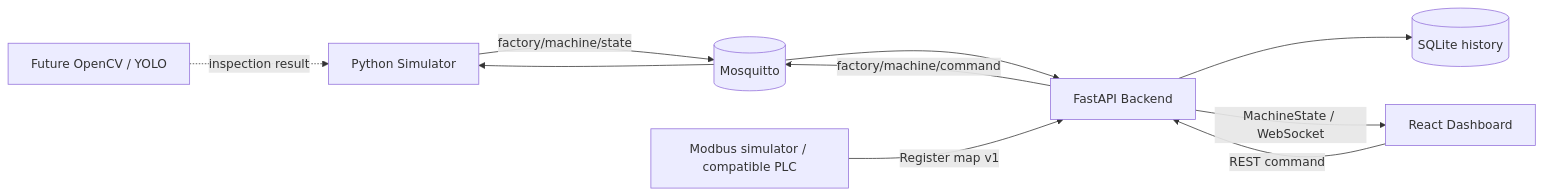
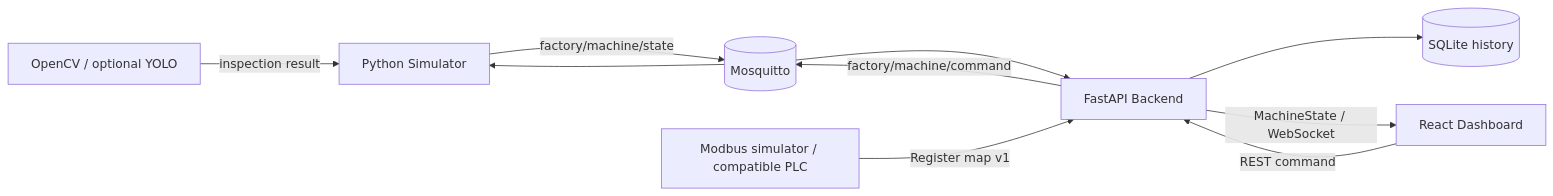
The diagram in README.md (CyCle03/miniFactoryTwin), drawn with Mermaid before and after one commit. The commit also changed other lines of this file and 1 other file, not shown here.

````diff
--- a/README.md
+++ b/README.md
@@ -27,13 +29,13 @@
 ```mermaid
 flowchart LR
     SIM[Python Simulator] -->|factory/machine/state| MQTT[(Mosquitto)]
     MQTT --> API[FastAPI Backend]
     API --> DB[(SQLite history)]
     API -->|MachineState / WebSocket| UI[React Dashboard]
     UI -->|REST command| API
     API -->|factory/machine/command| MQTT
     MQTT --> SIM
 
     MODBUS[Modbus simulator / compatible PLC] -->|Register map v1| API
-    CV[Future OpenCV / YOLO] -. inspection result .-> SIM
+    CV[OpenCV / optional YOLO] -->|inspection result| SIM
 ```
````
